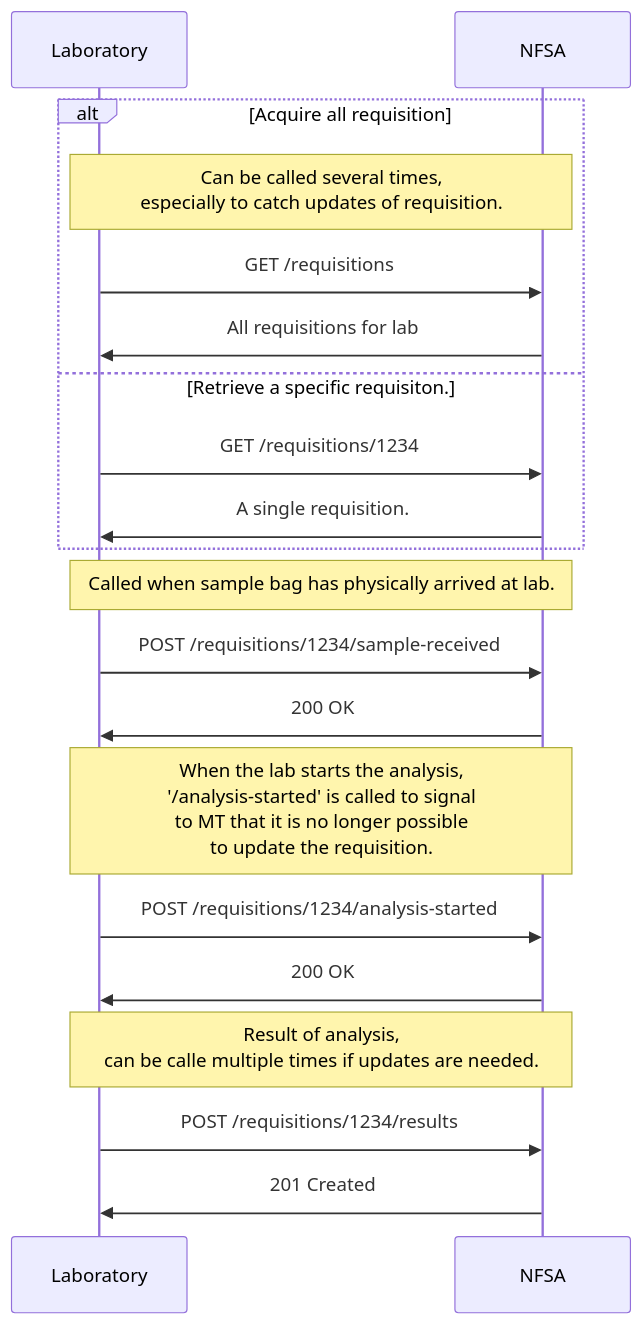
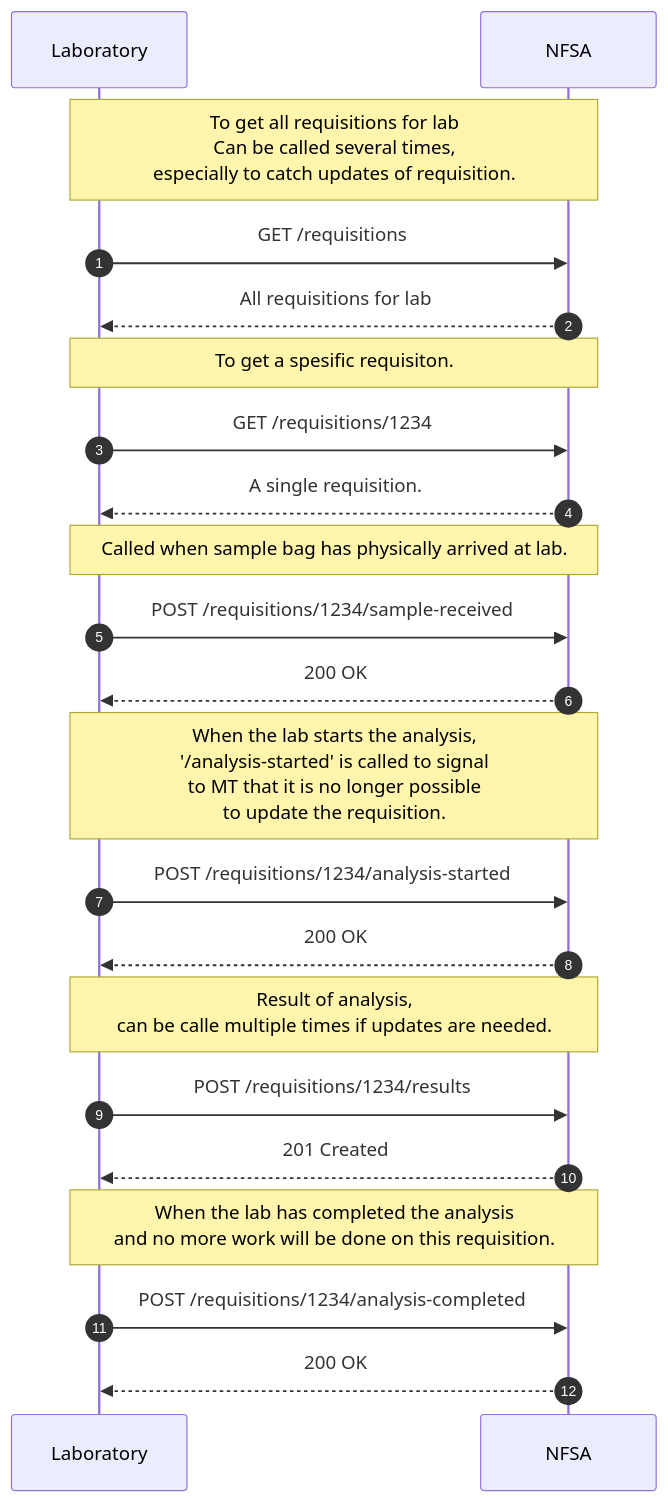
Before and after one commit to Mattilsynet/provetaking-labintegration: the second of 2 diagrams in README.md, drawn with Mermaid. The commit also changed other lines of this file, not shown here.

````diff
--- a/README.md
+++ b/README.md
@@ -21,24 +27,30 @@
 ```mermaid
 sequenceDiagram
+    autonumber
     participant LAB as Laboratory
     participant MT as NFSA
-    alt Acquire all requisition
-        Note over LAB,MT: Can be called several times,<br/> especially to catch updates of requisition.
-        LAB->>MT: GET /requisitions
-        MT->>LAB: All requisitions for lab
-    else Retrieve a specific requisiton.
-        LAB->>MT: GET /requisitions/1234
-        MT->>LAB: A single requisition.
-    end
+    
+    Note over LAB,MT: To get all requisitions for lab <br/>Can be called several times,<br/> especially to catch updates of requisition.
+    LAB->>MT: GET /requisitions
+    MT-->>LAB: All requisitions for lab
+
+    Note over LAB,MT: To get a spesific requisiton.
+    LAB->>MT: GET /requisitions/1234
+    MT-->>LAB: A single requisition.
+   
     Note over LAB,MT: Called when sample bag has physically arrived at lab.
     LAB->>MT: POST /requisitions/1234/sample-received   
-    MT->>LAB: 200 OK
+    MT-->>LAB: 200 OK
 
     Note over LAB,MT: When the lab starts the analysis,<br/> '/analysis-started' is called to signal<br/> to MT that it is no longer possible<br/> to update the requisition.
     LAB->>MT: POST /requisitions/1234/analysis-started
-    MT->>LAB: 200 OK
+    MT-->>LAB: 200 OK
 
     Note over LAB,MT: Result of analysis,<br/> can be calle multiple times if updates are needed.
     LAB->>MT: POST /requisitions/1234/results
-    MT->>LAB: 201 Created
+    MT-->>LAB: 201 Created
+
+    Note over LAB,MT: When the lab has completed the analysis<br/> and no more work will be done on this requisition.
+    LAB->>MT: POST /requisitions/1234/analysis-completed
+    MT-->>LAB: 200 OK
 ```
````
